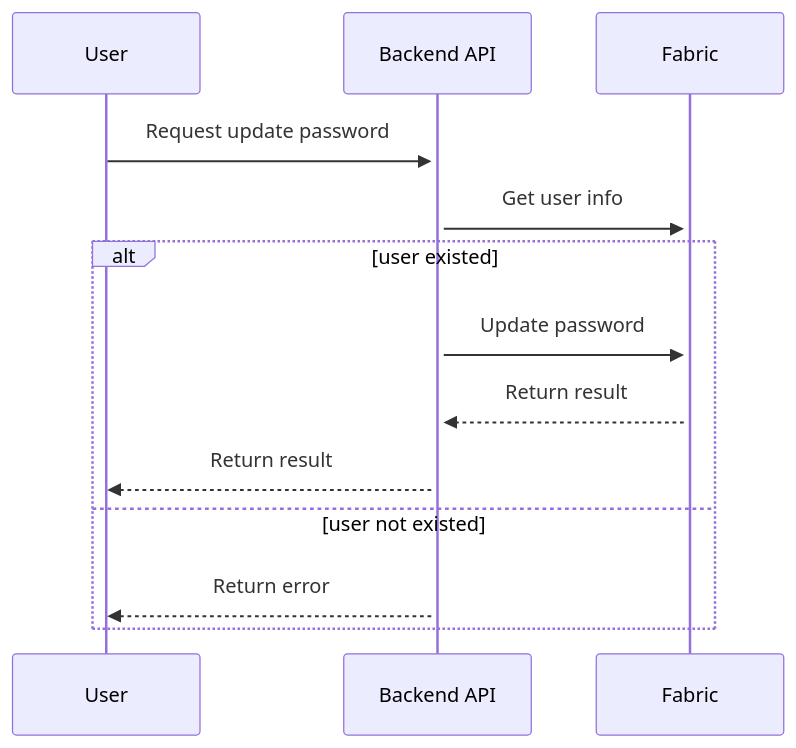
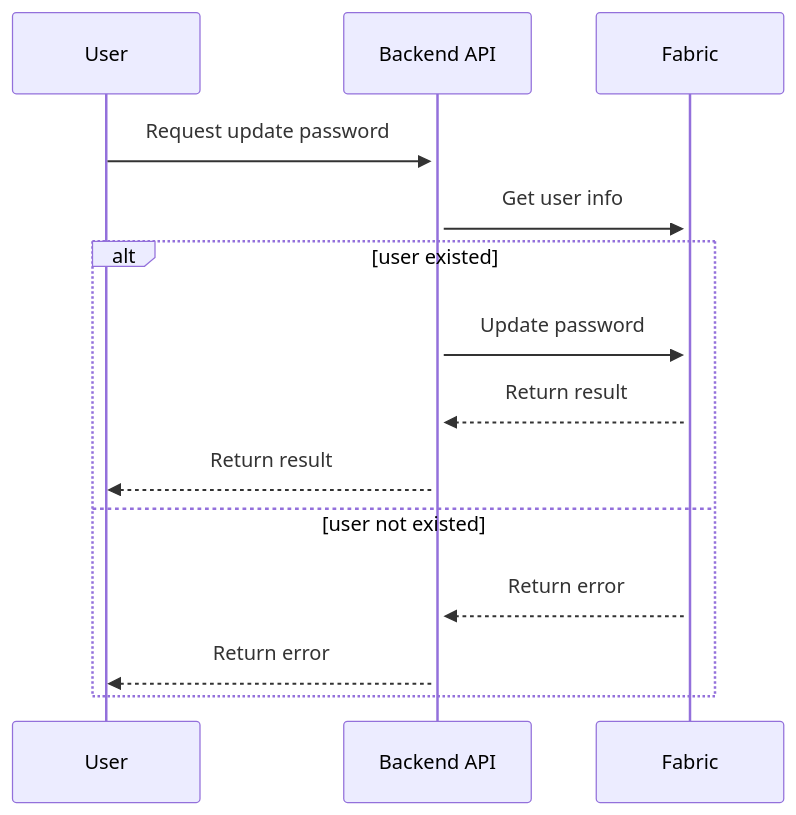
One commit to tran-the-lam/scada-project changed the second of 3 diagrams in application/README.md. Above: the diagram before and after it, drawn with Mermaid. The commit also changed other lines of this file, not shown here.

````diff
--- a/application/README.md
+++ b/application/README.md
@@ -36,12 +36,13 @@
 ```mermaid
 sequenceDiagram
     User->>+Backend API: Request update password
     Backend API->>+ Fabric: Get user info
     alt user existed
         Backend API->>+ Fabric: Update password
         Fabric -->> Backend API: Return result
         Backend API -->> User: Return result
     else user not existed
+        Fabric -->> Backend API: Return error
         Backend API -->> User: Return error 
     end
 ```
````
